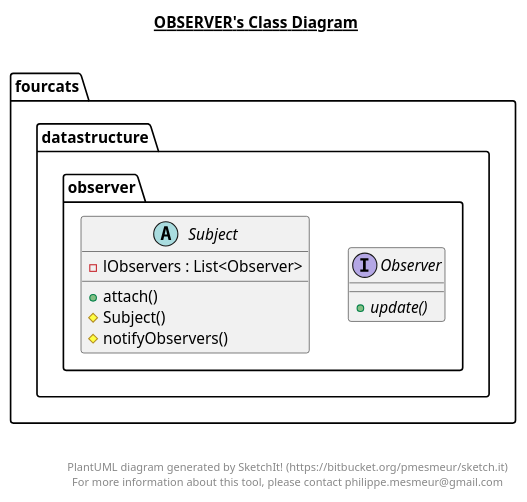
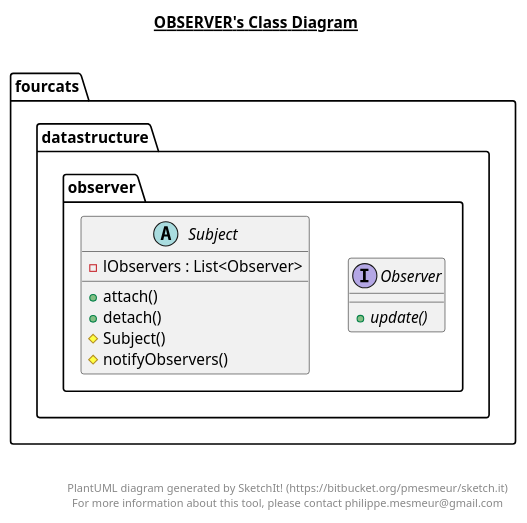
One commit to fourcatsteam/NaturalAPI changed the diagram in NaturalAPI_Design/src/main/java/fourcats/datastructure/observer/Observer.plantuml. Above: the diagram before and after it, drawn with PlantUML. The commit also changed 22 other files, not shown here.

```diff
--- a/NaturalAPI_Design/src/main/java/fourcats/datastructure/observer/Observer.plantuml
+++ b/NaturalAPI_Design/src/main/java/fourcats/datastructure/observer/Observer.plantuml
@@ -1,39 +1,40 @@
 @startuml
 
 title __OBSERVER's Class Diagram__\n
 
   namespace fourcats {
     namespace datastructure {
       namespace observer {
         interface fourcats.datastructure.observer.Observer {
             {abstract} + update()
         }
       }
     }
   }
   
 
   namespace fourcats {
     namespace datastructure {
       namespace observer {
         abstract class fourcats.datastructure.observer.Subject {
             - lObservers : List<Observer>
             + attach()
+            + detach()
             # Subject()
             # notifyObservers()
         }
       }
     }
   }
   
 
 
 
 right footer
 
 
 PlantUML diagram generated by SketchIt! (https://bitbucket.org/pmesmeur/sketch.it)
 For more information about this tool, please contact philippe.mesmeur@gmail.com
 endfooter
 
 @enduml
```
